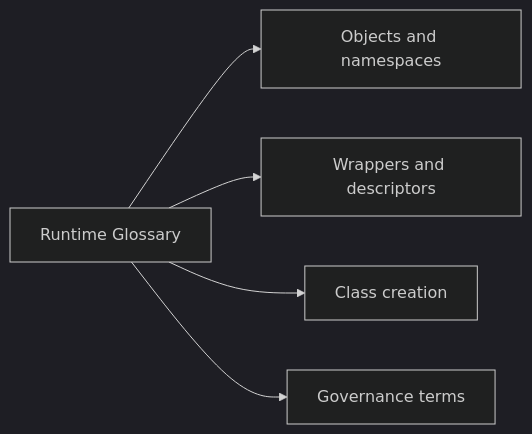
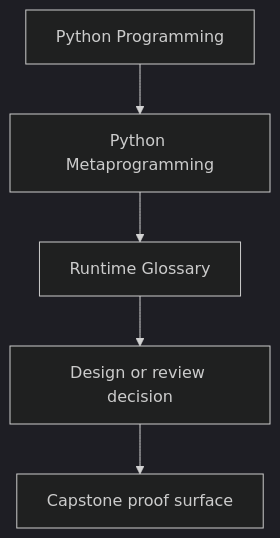
Before and after one commit to bijux/bijux-masterclass: the first of 2 diagrams in programs/python-programming/python-meta-programming/course-book/reference/runtime-glossary.md, drawn with Mermaid (dark theme). The commit also changed other lines of this file and 15 other files, not shown here.

Commit message:
docs(python-meta-programming): sharpen guide and reference diagrams

````diff
--- a/programs/python-programming/python-meta-programming/course-book/reference/runtime-glossary.md
+++ b/programs/python-programming/python-meta-programming/course-book/reference/runtime-glossary.md
@@ -6,13 +6,7 @@
 ```mermaid
-graph LR
-  glossary["Runtime Glossary"]
-  objects["Objects and namespaces"]
-  wrappers["Wrappers and descriptors"]
-  classes["Class creation"]
-  governance["Governance terms"]
-
-  glossary --> objects
-  glossary --> wrappers
-  glossary --> classes
-  glossary --> governance
+flowchart TD
+  family["Python Programming"] --> program["Python Metaprogramming"]
+  program --> reference["Runtime Glossary"]
+  reference --> review["Design or review decision"]
+  review --> capstone["Capstone proof surface"]
 ```
````
